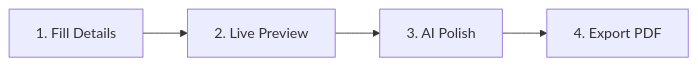
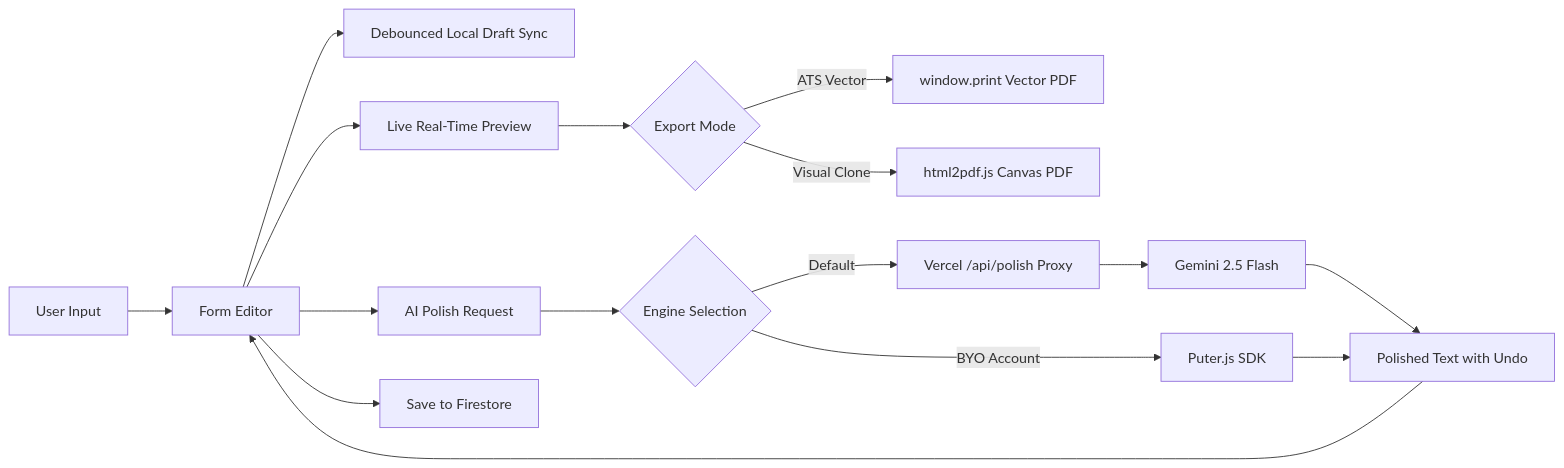
One commit to DushyantSingh7120/Resume-Builder-AI-Polish-4- changed the diagram in README.md. Above: the diagram before and after it, drawn with Mermaid. The commit also changed other lines of this file and 1 other file, not shown here.

Commit message:
docs: add visual application flow diagram and update documentation with detailed feature breakdowns

````diff
--- a/README.md
+++ b/README.md
@@ -98,4 +118,22 @@
 ```mermaid
 flowchart LR
-    A[1. Fill Details] --> B[2. Live Preview] --> C[3. AI Polish] --> D[4. Export PDF]
+    A[User Input] --> B[Form Editor]
+    B --> C[Debounced Local Draft Sync]
+    B --> D[Live Real-Time Preview]
+    
+    B --> E[AI Polish Request]
+    E --> F{Engine Selection}
+    F -->|Default| G[Vercel /api/polish Proxy]
+    G --> H[Gemini 2.5 Flash]
+    F -->|BYO Account| I[Puter.js SDK]
+    
+    H --> J[Polished Text with Undo]
+    I --> J
+    J --> B
+    
+    B --> K[Save to Firestore]
+    
+    D --> L{Export Mode}
+    L -->|ATS Vector| M[window.print Vector PDF]
+    L -->|Visual Clone| N[html2pdf.js Canvas PDF]
 ```
````
